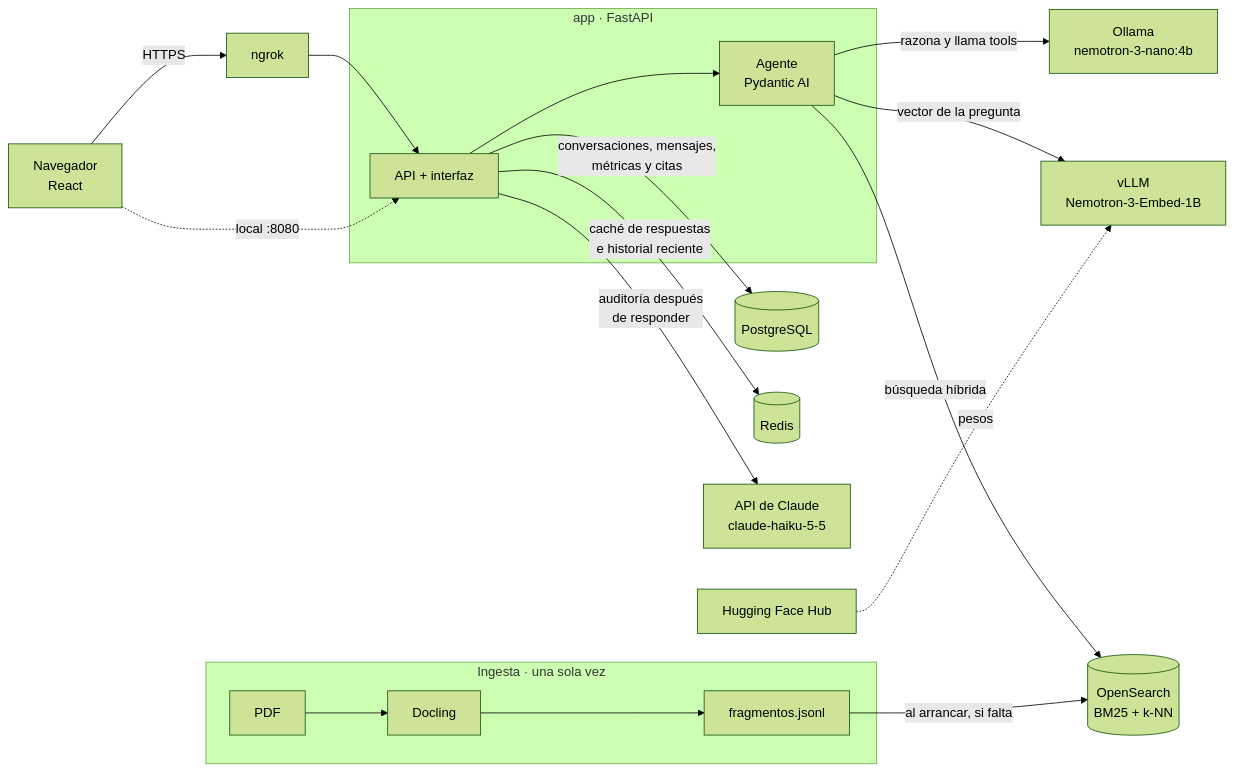
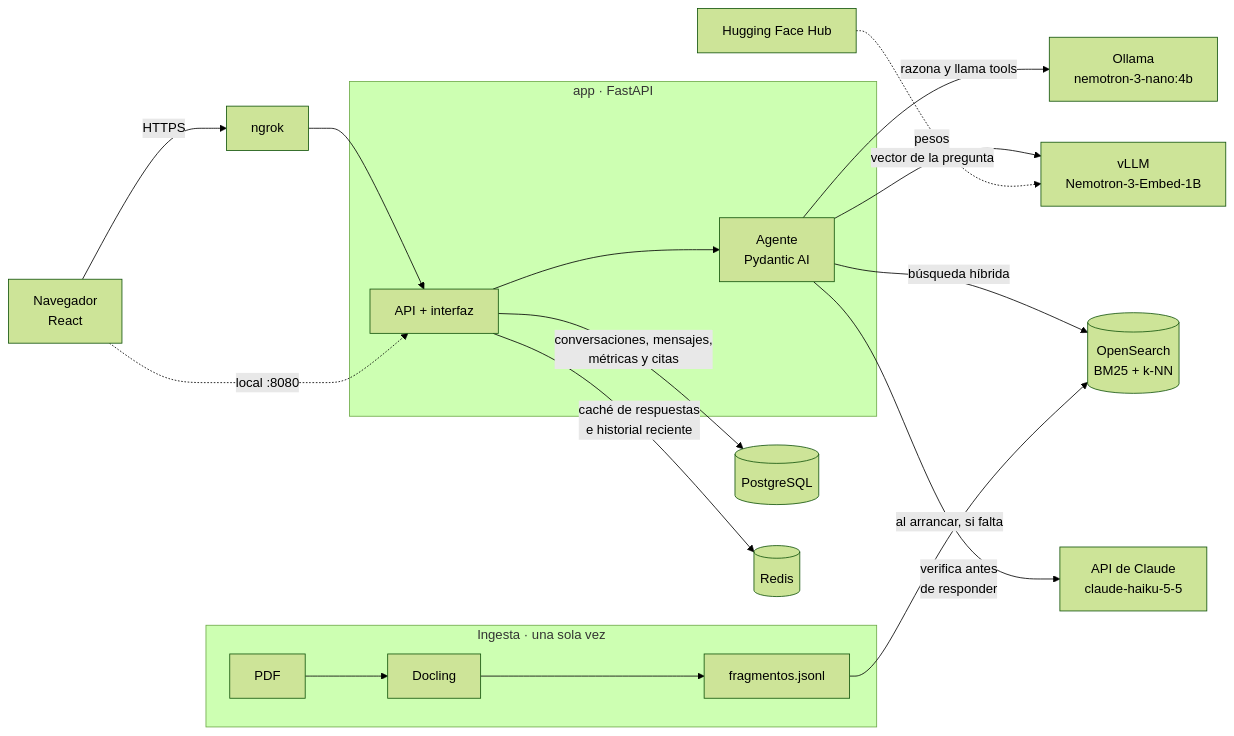
Before and after one commit to mcardenas3/agente-academico: the first of 2 diagrams in README.md, drawn with Mermaid (forest theme). The commit also changed other lines of this file and 13 other files, not shown here.

````diff
--- a/README.md
+++ b/README.md
@@ -30,20 +30,20 @@
 ```mermaid
 flowchart LR
     U[Navegador<br/>React] -->|HTTPS| N[ngrok]
     N --> A
     U -. local :8080 .-> A
     subgraph app [app · FastAPI]
         A[API + interfaz] --> G[Agente<br/>Pydantic AI]
     end
     G -->|razona y llama tools| O[Ollama<br/>nemotron-3-nano:4b]
     G -->|vector de la pregunta| V[vLLM<br/>Nemotron-3-Embed-1B]
     G -->|búsqueda híbrida| S[(OpenSearch<br/>BM25 + k-NN)]
     A -->|conversaciones, mensajes,<br/>métricas y citas| P[(PostgreSQL)]
     A -->|caché de respuestas<br/>e historial reciente| R[(Redis)]
-    A -->|auditoría después<br/>de responder| C[API de Claude<br/>claude-haiku-5-5]
+    G -->|verifica antes<br/>de responder| C[API de Claude<br/>claude-haiku-5-5]
     H[Hugging Face Hub] -. pesos .-> V
     subgraph ingesta [Ingesta · una sola vez]
         PDF[PDF] --> D[Docling] --> F[fragmentos.jsonl]
     end
     F -->|al arrancar, si falta| S
 ```
````
